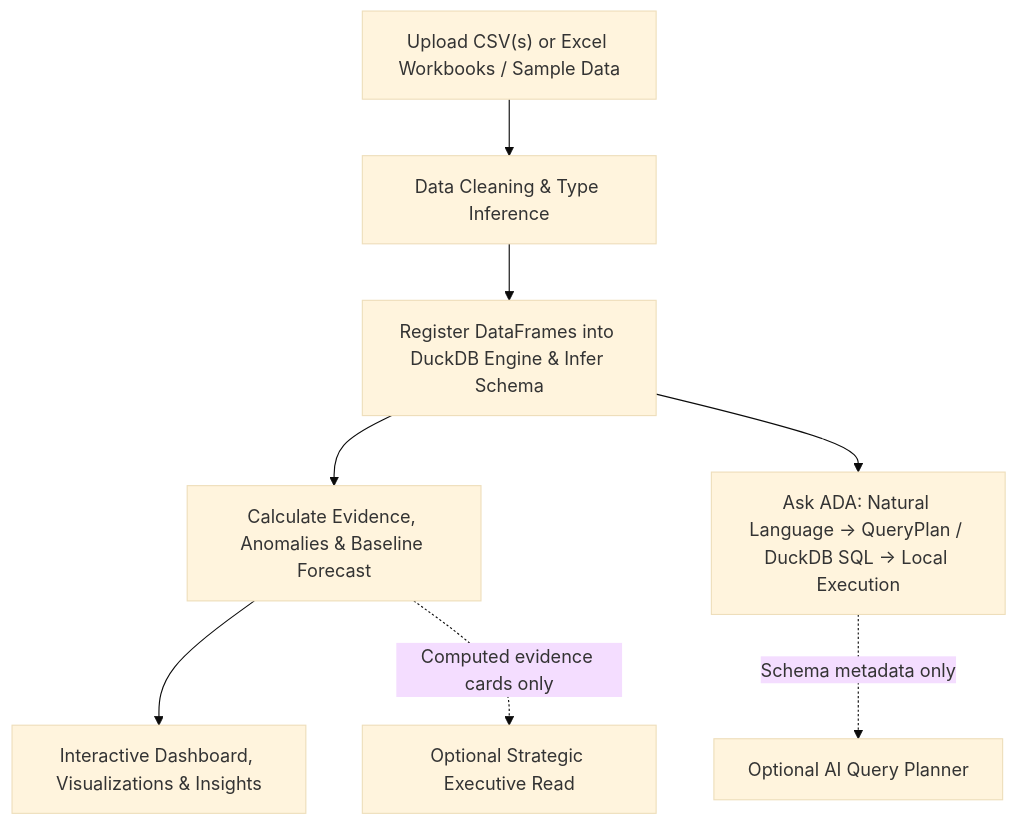
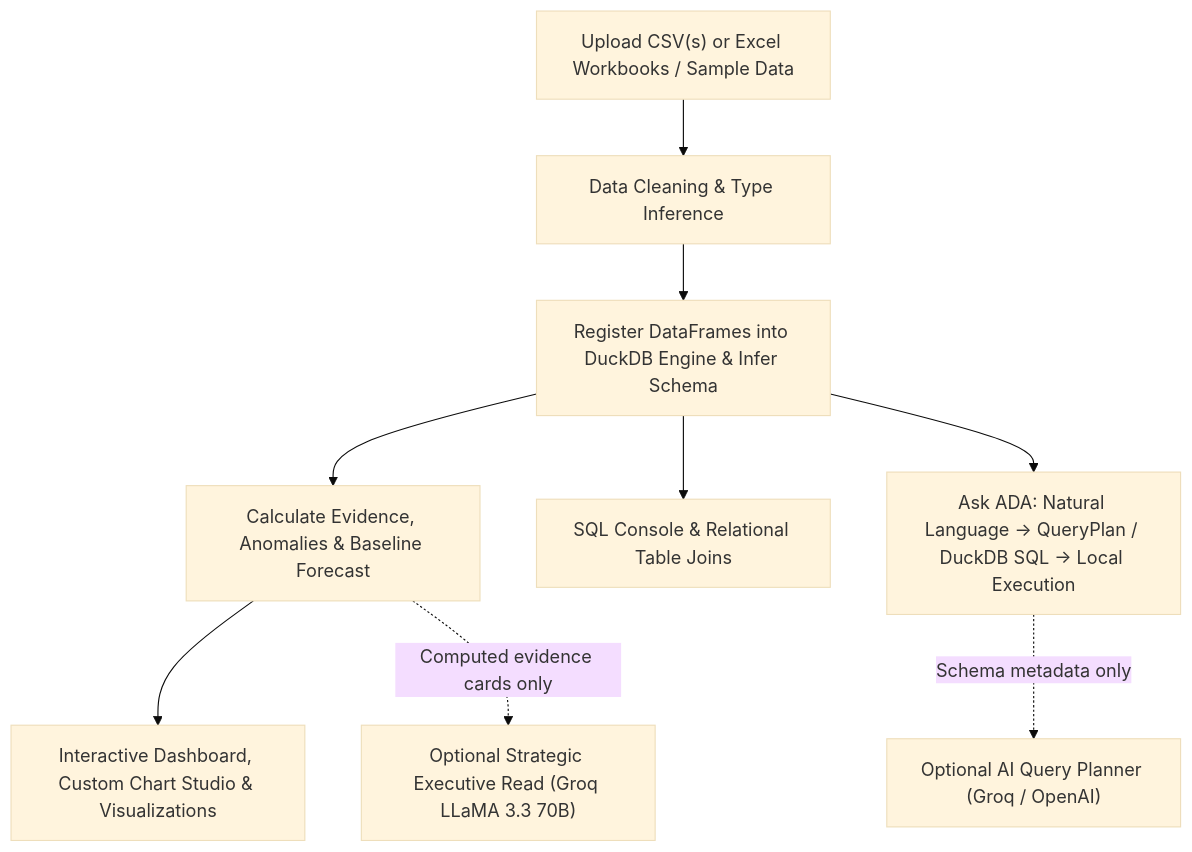
One commit to KartikeyaM2007/AADA changed the diagram in README.md. Above: the diagram before and after it, drawn with Mermaid (base theme). The commit also changed other lines of this file and 1 other file, not shown here.

````diff
--- a/README.md
+++ b/README.md
@@ -31,10 +78,11 @@
 ```mermaid
 flowchart TD
     A["Upload CSV(s) or Excel Workbooks / Sample Data"] --> B["Data Cleaning & Type Inference"]
     B --> C["Register DataFrames into DuckDB Engine & Infer Schema"]
     C --> D["Calculate Evidence, Anomalies & Baseline Forecast"]
-    D --> E["Interactive Dashboard, Visualizations & Insights"]
+    C --> E["SQL Console & Relational Table Joins"]
+    D --> F["Interactive Dashboard, Custom Chart Studio & Visualizations"]
     C --> G["Ask ADA: Natural Language → QueryPlan / DuckDB SQL → Local Execution"]
-    G -. "Schema metadata only" .-> H["Optional AI Query Planner"]
-    D -. "Computed evidence cards only" .-> F["Optional Strategic Executive Read"]
+    G -. "Schema metadata only" .-> H["Optional AI Query Planner (Groq / OpenAI)"]
+    D -. "Computed evidence cards only" .-> I["Optional Strategic Executive Read (Groq LLaMA 3.3 70B)"]
 ```
````
